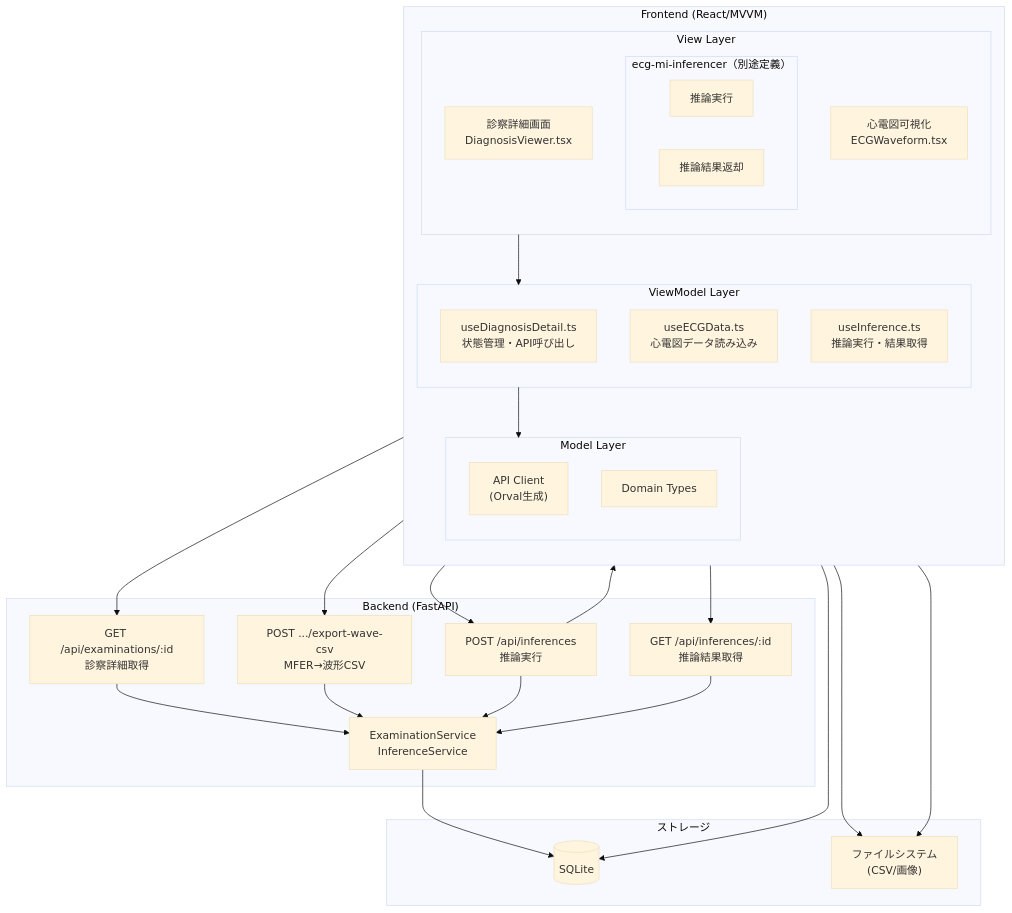
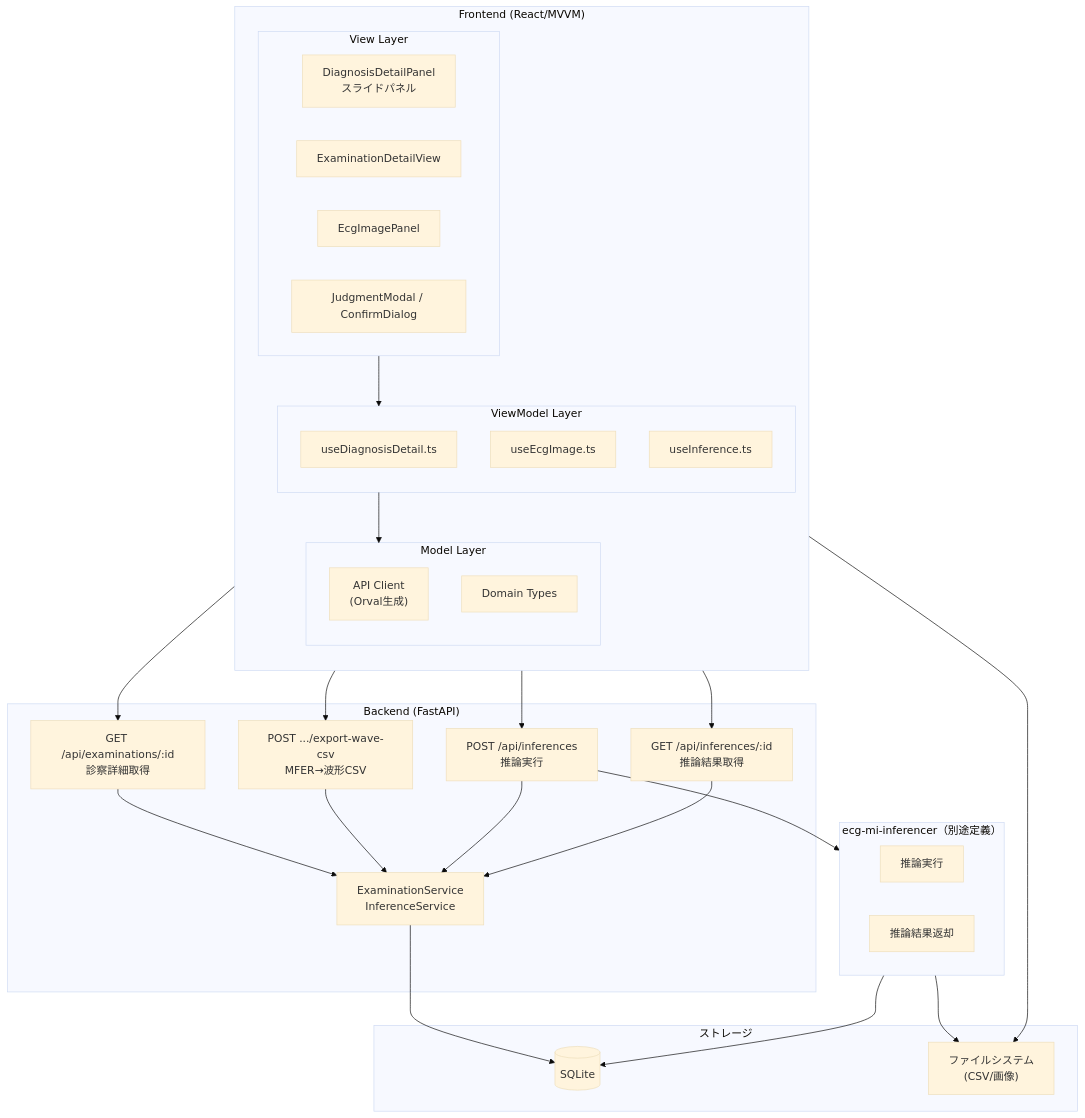
One commit to Universal-Micro-Networks/ecg-mi-inference changed the diagram in .kiro/specs/diagnosis-viewer/requirements.md. Above: the diagram before and after it, drawn with Mermaid (base theme). The commit also changed other lines of this file and 82 other files, not shown here.

````diff
--- a/.kiro/specs/diagnosis-viewer/requirements.md
+++ b/.kiro/specs/diagnosis-viewer/requirements.md
@@ -220,57 +235,58 @@
 ```mermaid
 flowchart TB
     subgraph FE["Frontend (React/MVVM)"]
         direction TB
         subgraph View["View Layer"]
-            DV["診察詳細画面<br/>DiagnosisViewer.tsx"]
-            ECG["心電図可視化<br/>ECGWaveform.tsx"]
-            INF["推論結果表示<br/>InferenceResult.tsx"]
+            PANEL["DiagnosisDetailPanel<br/>スライドパネル"]
+            DV["ExaminationDetailView"]
+            ECG["EcgImagePanel"]
+            JUD["JudgmentModal / ConfirmDialog"]
         end
 
         subgraph VM["ViewModel Layer"]
-            UDV["useDiagnosisDetail.ts<br/>状態管理・API呼び出し"]
-            UECG["useECGData.ts<br/>心電図データ読み込み"]
-            UINF["useInference.ts<br/>推論実行・結果取得"]
+            UDV["useDiagnosisDetail.ts"]
+            UECG["useEcgImage.ts"]
+            UINF["useInference.ts"]
         end
 
         subgraph Model["Model Layer"]
             API["API Client<br/>(Orval生成)"]
             DT["Domain Types"]
         end
 
         View --> VM
         VM --> Model
     end
 
     subgraph BE["Backend (FastAPI)"]
         EP1["GET /api/examinations/:id<br/>診察詳細取得"]
         EP1b["POST .../export-wave-csv<br/>MFER→波形CSV"]
         EP2["POST /api/inferences<br/>推論実行"]
         EP3["GET /api/inferences/:id<br/>推論結果取得"]
         ES["ExaminationService<br/>InferenceService"]
     end
 
     subgraph INF["ecg-mi-inferencer（別途定義）"]
         RUN["推論実行"]
         RESULT["推論結果返却"]
     end
 
     subgraph Storage["ストレージ"]
         DB[(SQLite)]
         FS["ファイルシステム<br/>(CSV/画像)"]
     end
 
     API --> EP1
     API --> EP1b
     API --> EP2
     API --> EP3
     EP1 --> ES
     EP1b --> ES
     EP2 --> ES
     EP3 --> ES
     ES --> DB
     EP2 --> INF
     INF --> DB
     INF --> FS
     UECG --> FS
 ```
````
